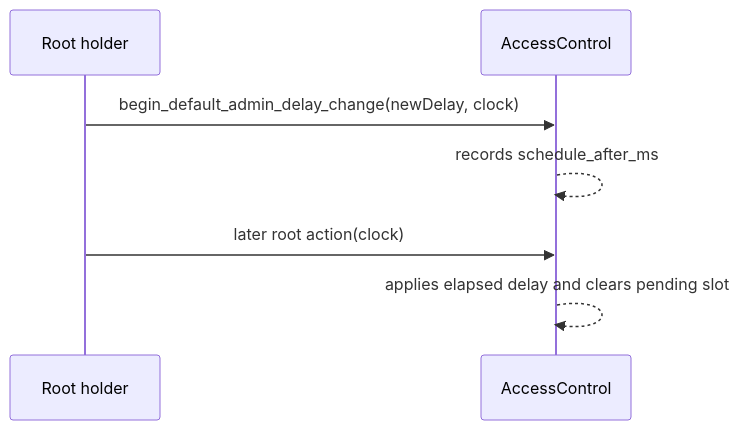
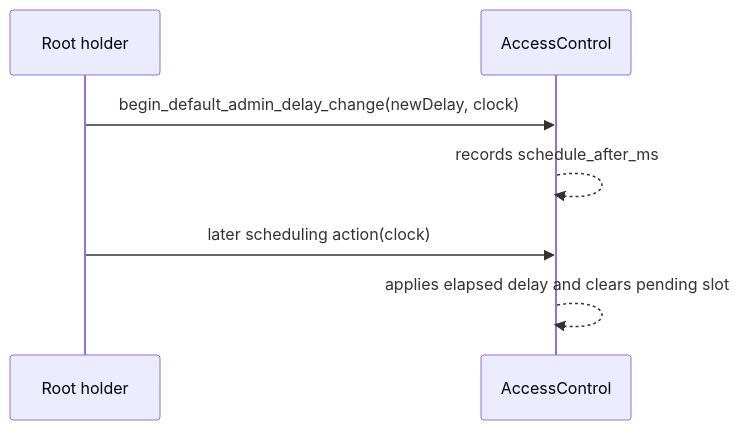
The eighth of 8 diagrams in content/contracts-sui/1.x/guides/access-control.mdx (OpenZeppelin/docs), drawn with Mermaid before and after one commit. The commit also changed other lines of this file and 2 other files, not shown here.

````diff
--- a/content/contracts-sui/1.x/guides/access-control.mdx
+++ b/content/contracts-sui/1.x/guides/access-control.mdx
@@ -636,9 +639,9 @@
 ```mermaid
 sequenceDiagram
     participant Root as Root holder
     participant Registry as AccessControl
     Root->>Registry: begin_default_admin_delay_change(newDelay, clock)
     Registry-->>Registry: records schedule_after_ms
-    Root->>Registry: later root action(clock)
+    Root->>Registry: later scheduling action(clock)
     Registry-->>Registry: applies elapsed delay and clears pending slot
 ```
````
